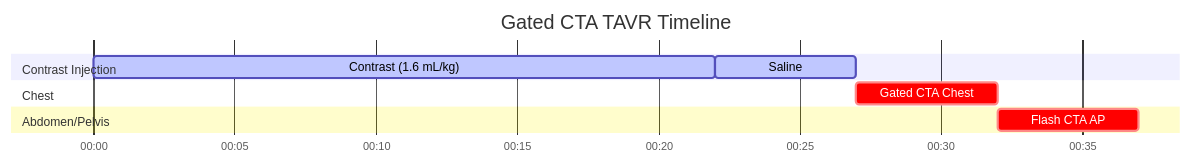
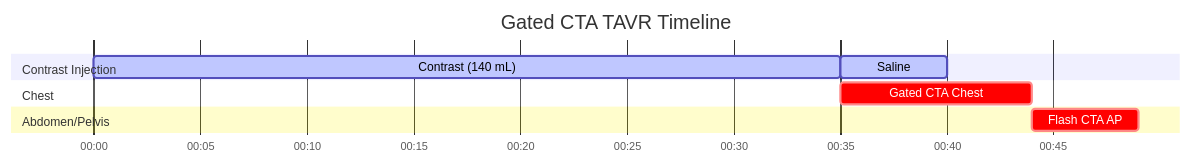
Before and after one commit to dfergs93/radiology-protocols: the diagram in docs/ct/cardiac/gated-cta-tavr.md, drawn with Mermaid. The commit also changed other lines of this file and 85 other files, not shown here.

Commit message:
Regenerate protocol markdown files with acquisition-diagram placeholder

````diff
--- a/docs/ct/cardiac/gated-cta-tavr.md
+++ b/docs/ct/cardiac/gated-cta-tavr.md
@@ -86,20 +85,20 @@
   ```mermaid
   ---
   displayMode: compact
   config:
     theme: default
     themeCSS: " #Saline{ fill: #4ed5ff; stroke: #2094f3; } "
   ---
     gantt
       title Gated CTA TAVR Timeline
       dateFormat mm:ss
       axisFormat %M:%S 
       
       section Contrast Injection
-      Contrast (1.6 mL/kg)    :active, contrast, 00:00, 22s
+      Contrast (140 mL)    :active, contrast, 00:00, 35s
       Saline          :active, saline, after contrast, 5s
       section Chest
-      Gated CTA Chest    :crit, scan1, after saline, 5s
+      Gated CTA Chest    :crit, scan1, after contrast, 9.0s
       section Abdomen/Pelvis
       Flash CTA AP    :crit, scan2, after scan1, 5s
   ```
````
